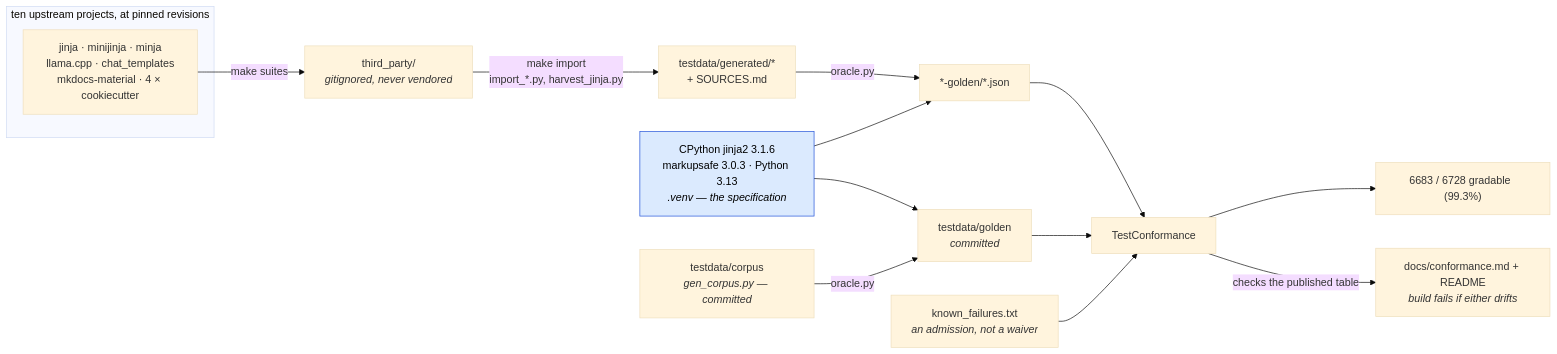
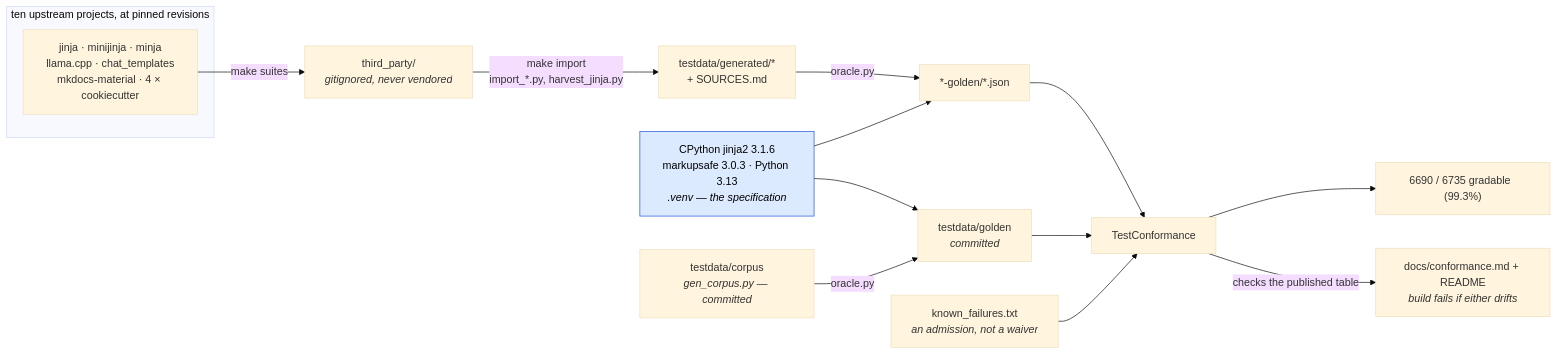
One commit to mgilbir/gojja2 changed the first of 2 diagrams in docs/conformance.md. Above: the diagram before and after it, drawn with Mermaid (base theme). The commit also changed other lines of this file and 26 other files, not shown here.

````diff
--- a/docs/conformance.md
+++ b/docs/conformance.md
@@ -17,24 +17,24 @@
 ```mermaid
 flowchart LR
     subgraph up["ten upstream projects, at pinned revisions"]
         U1["jinja · minijinja · minja<br/>llama.cpp · chat_templates<br/>mkdocs-material · 4 × cookiecutter"]
     end
     U1 -->|"make suites"| TP["third_party/<br/><i>gitignored, never vendored</i>"]
     TP -->|"make import<br/>import_*.py, harvest_jinja.py"| GEN["testdata/generated/*<br/>+ SOURCES.md"]
 
     ORA["CPython jinja2 3.1.6<br/>markupsafe 3.0.3 · Python 3.13<br/><i>.venv — the specification</i>"]
     GEN -->|"oracle.py"| G2["*-golden/*.json"]
     ORA --> G2
 
     OWN["testdata/corpus<br/><i>gen_corpus.py — committed</i>"] -->|"oracle.py"| G1["testdata/golden<br/><i>committed</i>"]
     ORA --> G1
 
     G1 --> TC["TestConformance"]
     G2 --> TC
     KF["known_failures.txt<br/><i>an admission, not a waiver</i>"] --> TC
-    TC --> RATE["6683 / 6728 gradable  (99.3%)"]
+    TC --> RATE["6690 / 6735 gradable  (99.3%)"]
     TC -->|"checks the published table"| RM["docs/conformance.md + README<br/><i>build fails if either drifts</i>"]
 
     classDef spec fill:#dbeafe,stroke:#1d4ed8,color:#000
     class ORA spec
 ```
````
